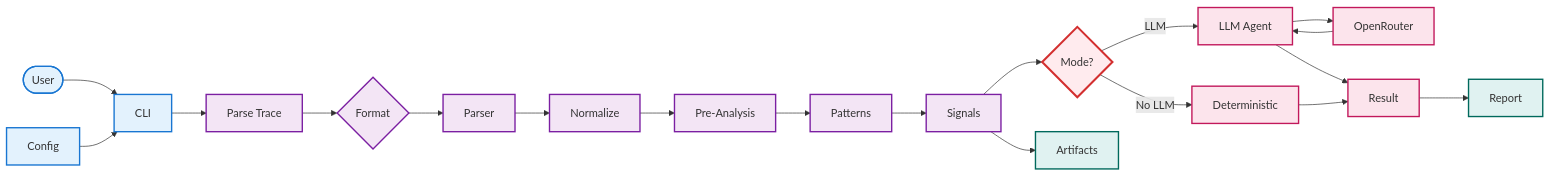
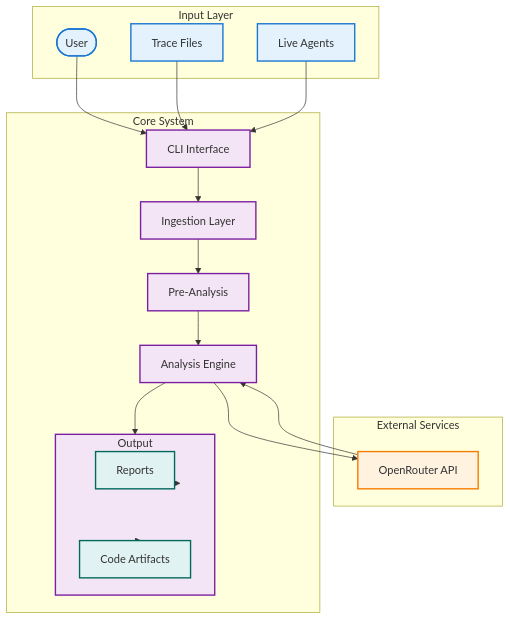
Before and after one commit to haseebraza715/agent-autopsy: the diagram in diagrams/architecture.mmd, drawn with Mermaid. The commit also changed 14 other files, not shown here.

```diff
--- a/diagrams/architecture.mmd
+++ b/diagrams/architecture.mmd
@@ -1,45 +1,50 @@
-graph LR
-    %% Entry
-    User([User]) --> CLI[CLI]
-    Config[Config] --> CLI
-
-    %% Ingestion
-    CLI --> Parse[Parse Trace]
-    Parse --> Format{Format}
-    Format --> Parser[Parser]
-    Parser --> Normalize[Normalize]
-
-    %% Pre-analysis
-    Normalize --> PreAnalysis[Pre-Analysis]
-    PreAnalysis --> Patterns[Patterns]
-    Patterns --> Signals[Signals]
-
-    %% Decision
-    Signals --> Decision{Mode?}
-
-    %% Deterministic path
-    Decision -->|No LLM| Det[Deterministic]
-
-    %% LLM path
-    Decision -->|LLM| LLM[LLM Agent]
-    LLM --> API[OpenRouter]
-    API --> LLM
-
-    %% Output
-    LLM --> Result[Result]
-    Det --> Result
-    Result --> Report[Report]
-    Signals --> Artifacts[Artifacts]
-
+graph TB
+    %% High-level Architecture Overview
+    subgraph "Input Layer"
+        User([User])
+        TraceFiles[Trace Files]
+        LiveAgents[Live Agents]
+    end
+    
+    subgraph "Core System"
+        CLI[CLI Interface]
+        Ingestion[Ingestion Layer]
+        PreAnalysis[Pre-Analysis]
+        Analysis[Analysis Engine]
+        Output[Output Layer]
+    end
+    
+    subgraph "External Services"
+        OpenRouter[OpenRouter API]
+    end
+    
+    subgraph "Output"
+        Reports[Reports]
+        Artifacts[Code Artifacts]
+    end
+    
+    User --> CLI
+    TraceFiles --> CLI
+    LiveAgents --> CLI
+    
+    CLI --> Ingestion
+    Ingestion --> PreAnalysis
+    PreAnalysis --> Analysis
+    Analysis --> Output
+    
+    Analysis --> OpenRouter
+    OpenRouter --> Analysis
+    
+    Output --> Reports
+    Output --> Artifacts
+    
     %% Styling
-    classDef entry fill:#e3f2fd,stroke:#1976d2,stroke-width:2px
-    classDef process fill:#f3e5f5,stroke:#7b1fa2,stroke-width:2px
-    classDef analysis fill:#fce4ec,stroke:#c2185b,stroke-width:2px
+    classDef input fill:#e3f2fd,stroke:#1976d2,stroke-width:2px
+    classDef core fill:#f3e5f5,stroke:#7b1fa2,stroke-width:2px
+    classDef external fill:#fff3e0,stroke:#f57c00,stroke-width:2px
     classDef output fill:#e0f2f1,stroke:#00695c,stroke-width:2px
-    classDef decision fill:#ffebee,stroke:#d32f2f,stroke-width:3px
-
-    class User,CLI,Config entry
-    class Parse,Format,Parser,Normalize,PreAnalysis,Patterns,Signals process
-    class Decision decision
-    class Det,LLM,API,Result analysis
-    class Report,Artifacts output
+    
+    class User,TraceFiles,LiveAgents input
+    class CLI,Ingestion,PreAnalysis,Analysis,Output core
+    class OpenRouter external
+    class Reports,Artifacts output
```
